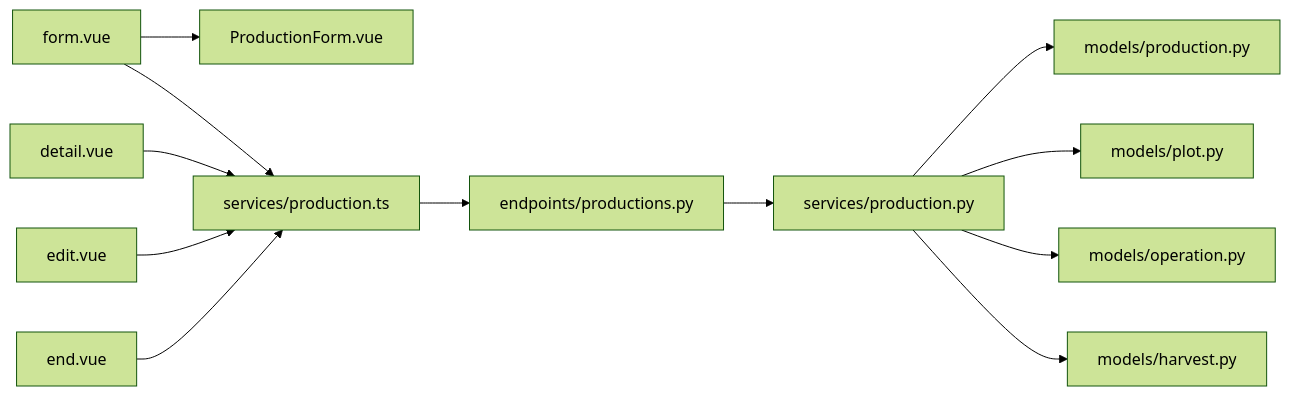
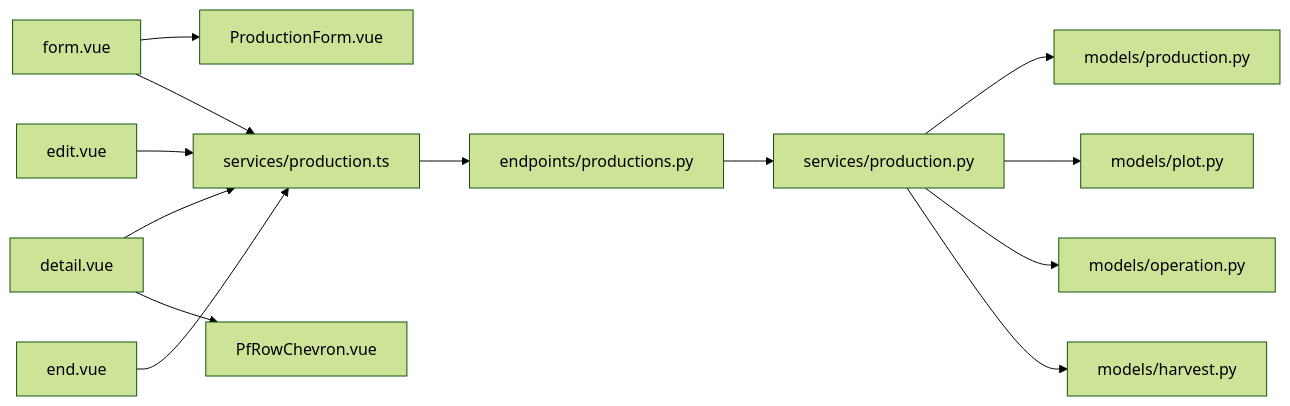
One commit to wungjyan/pocket-farm changed the seventh of 7 diagrams in .qoder/repowiki/zh/content/前端应用/生产跟踪模块.md. Above: the diagram before and after it, drawn with Mermaid (forest theme). The commit also changed other lines of this file and 120 other files, not shown here.

````diff
--- a/.qoder/repowiki/zh/content/前端应用/生产跟踪模块.md
+++ b/.qoder/repowiki/zh/content/前端应用/生产跟踪模块.md
@@ -336,14 +365,15 @@
 ```mermaid
 graph LR
 PF["form.vue"] --> CF["ProductionForm.vue"]
 PF --> SP["services/production.ts"]
 DET["detail.vue"] --> SP
+DET --> PC["PfRowChevron.vue"]
 EDI["edit.vue"] --> SP
 END["end.vue"] --> SP
 SP --> EP["endpoints/productions.py"]
 EP --> SVC["services/production.py"]
 SVC --> MOD_P["models/production.py"]
 SVC --> MOD_PL["models/plot.py"]
 SVC --> MOD_OP["models/operation.py"]
 SVC --> MOD_HV["models/harvest.py"]
 ```
````
